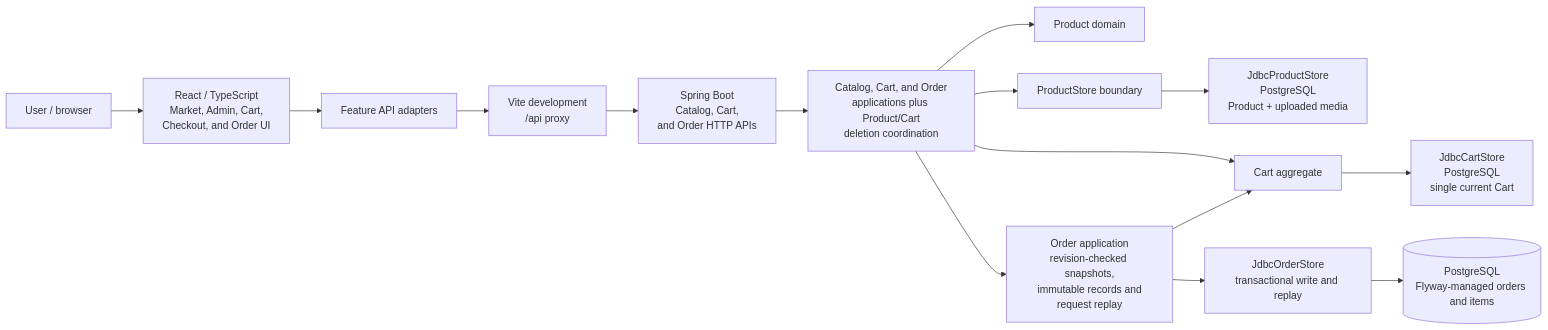
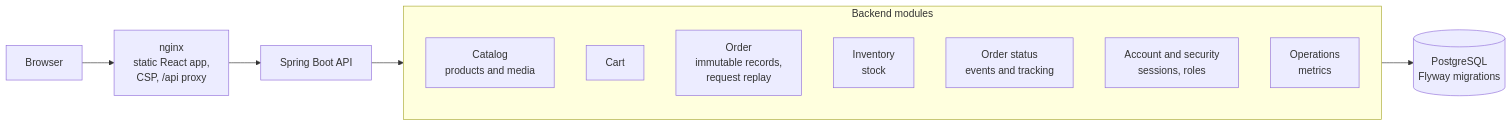
The diagram in README.md (Samska/samska-sandbox), drawn with Mermaid before and after one commit. The commit also changed other lines of this file and 5 other files, not shown here.

````diff
--- a/README.md
+++ b/README.md
@@ -87,17 +66,16 @@
 ```mermaid
 flowchart LR
-    User[User / browser] --> UI[React / TypeScript<br/>Market, Admin, Cart,<br/>Checkout, and Order UI]
-    UI --> Adapter[Feature API adapters]
-    Adapter --> Proxy[Vite development<br/>/api proxy]
-    Proxy --> HTTP[Spring Boot<br/>Catalog, Cart,<br/>and Order HTTP APIs]
-    HTTP --> App[Catalog, Cart, and Order<br/>applications plus Product/Cart<br/>deletion coordination]
-    App --> Domain[Product domain]
-    App --> Store[ProductStore boundary]
-    Store --> Memory[JdbcProductStore<br/>PostgreSQL<br/>Product + uploaded media]
-    App --> Cart[Cart aggregate]
-    Cart --> CartMemory[JdbcCartStore<br/>PostgreSQL<br/>single current Cart]
-    App --> Order[Order application<br/>revision-checked snapshots,<br/>immutable records and<br/>request replay]
-    Order --> Cart
-    Order --> Jdbc[JdbcOrderStore<br/>transactional write and replay]
-    Jdbc --> Postgres[(PostgreSQL<br/>Flyway-managed orders and items)]
+    Browser[Browser] --> Web[nginx<br/>static React app,<br/>CSP, /api proxy]
+    Web --> API[Spring Boot API]
+    subgraph Monolith[Backend modules]
+        Catalog[Catalog<br/>products and media]
+        Cart[Cart]
+        Order[Order<br/>immutable records,<br/>request replay]
+        Inventory[Inventory<br/>stock]
+        Shipping[Order status<br/>events and tracking]
+        Account[Account and security<br/>sessions, roles]
+        Ops[Operations<br/>metrics]
+    end
+    API --> Monolith
+    Monolith --> DB[(PostgreSQL<br/>Flyway migrations)]
 ```
````
